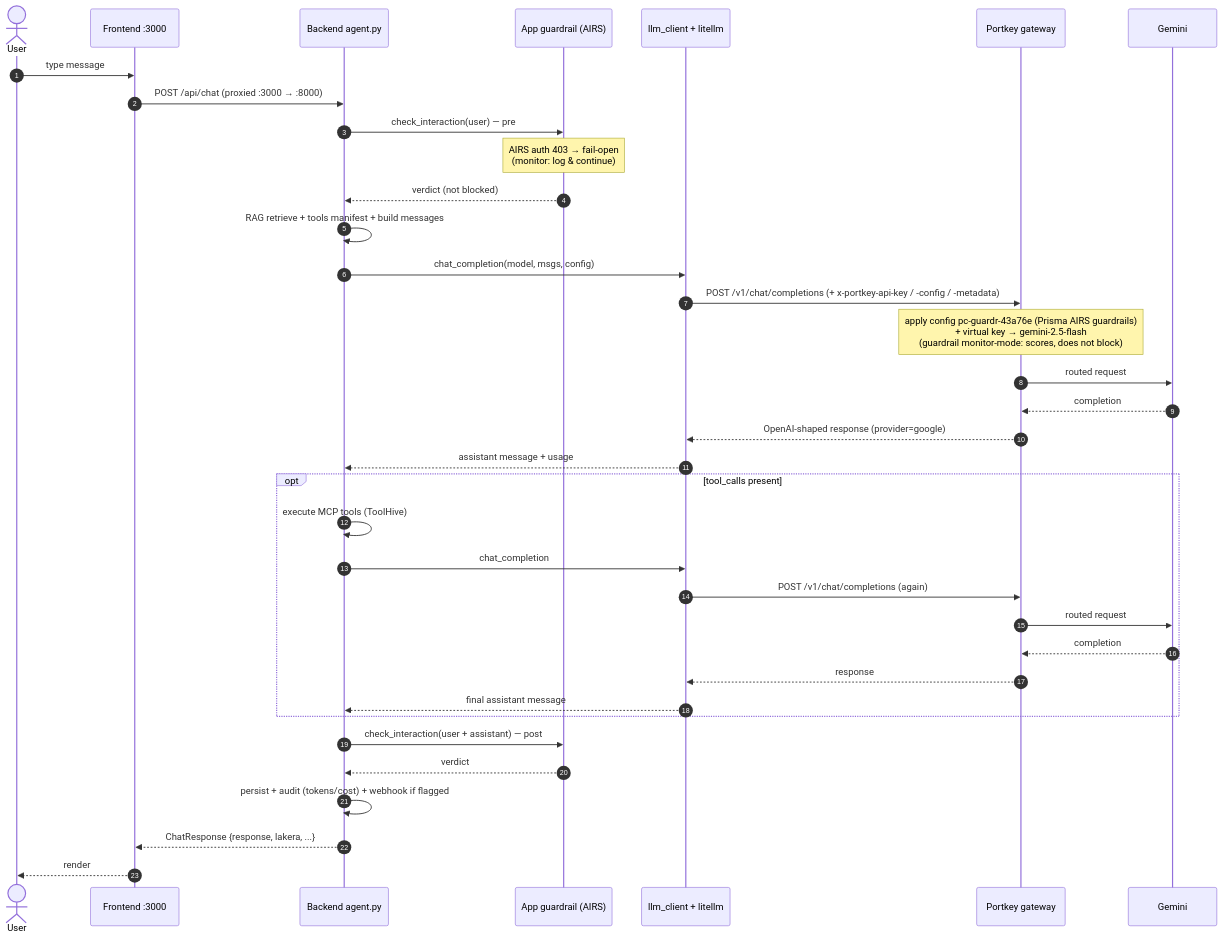
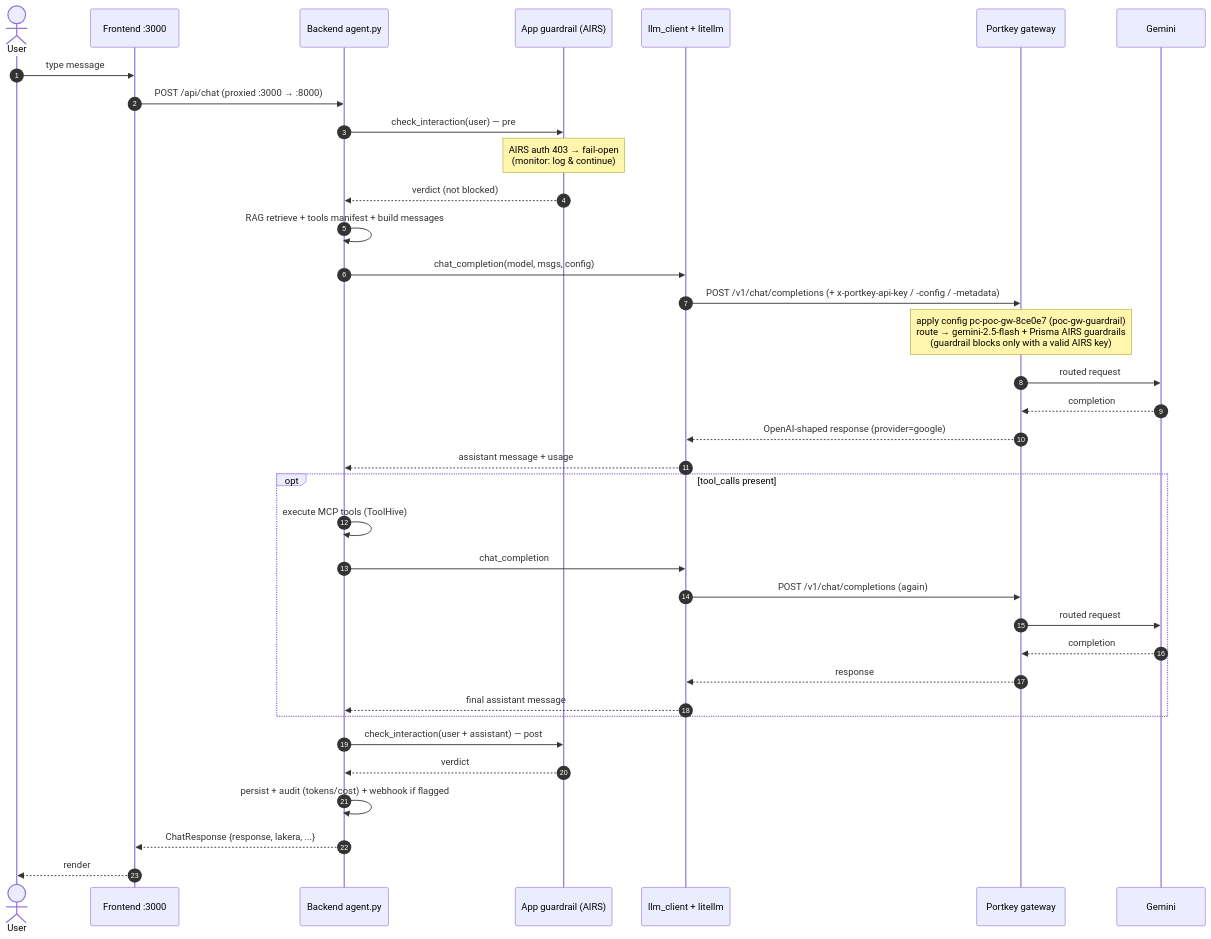
One commit to supachai-j/guard-demo-client changed the second of 3 diagrams in docs/TRAFFIC_FLOW.md. Above: the diagram before and after it, drawn with Mermaid. The commit also changed other lines of this file, not shown here.

Commit message:
docs(portkey): point traffic-flow at the active poc-gw-guardrail config

````diff
--- a/docs/TRAFFIC_FLOW.md
+++ b/docs/TRAFFIC_FLOW.md
@@ -62,39 +62,39 @@
 ```mermaid
 sequenceDiagram
     autonumber
     actor U as User
     participant F as Frontend :3000
     participant B as Backend agent.py
     participant G as App guardrail (AIRS)
     participant L as llm_client + litellm
     participant P as Portkey gateway
     participant M as Gemini
 
     U->>F: type message
     F->>B: POST /api/chat (proxied :3000 → :8000)
     B->>G: check_interaction(user) — pre
     Note over G: AIRS auth 403 → fail-open<br/>(monitor: log & continue)
     G-->>B: verdict (not blocked)
     B->>B: RAG retrieve + tools manifest + build messages
     B->>L: chat_completion(model, msgs, config)
     L->>P: POST /v1/chat/completions (+ x-portkey-api-key / -config / -metadata)
-    Note over P: apply config pc-guardr-43a76e (Prisma AIRS guardrails)<br/>+ virtual key → gemini-2.5-flash<br/>(guardrail monitor-mode: scores, does not block)
+    Note over P: apply config pc-poc-gw-8ce0e7 (poc-gw-guardrail)<br/>route → gemini-2.5-flash + Prisma AIRS guardrails<br/>(guardrail blocks only with a valid AIRS key)
     P->>M: routed request
     M-->>P: completion
     P-->>L: OpenAI-shaped response (provider=google)
     L-->>B: assistant message + usage
     opt tool_calls present
         B->>B: execute MCP tools (ToolHive)
         B->>L: chat_completion #2 (with tool results)
         L->>P: POST /v1/chat/completions (again)
         P->>M: routed request
         M-->>P: completion
         P-->>L: response
         L-->>B: final assistant message
     end
     B->>G: check_interaction(user + assistant) — post
     G-->>B: verdict
     B->>B: persist + audit (tokens/cost) + webhook if flagged
     B-->>F: ChatResponse {response, lakera, ...}
     F-->>U: render
 ```
````
